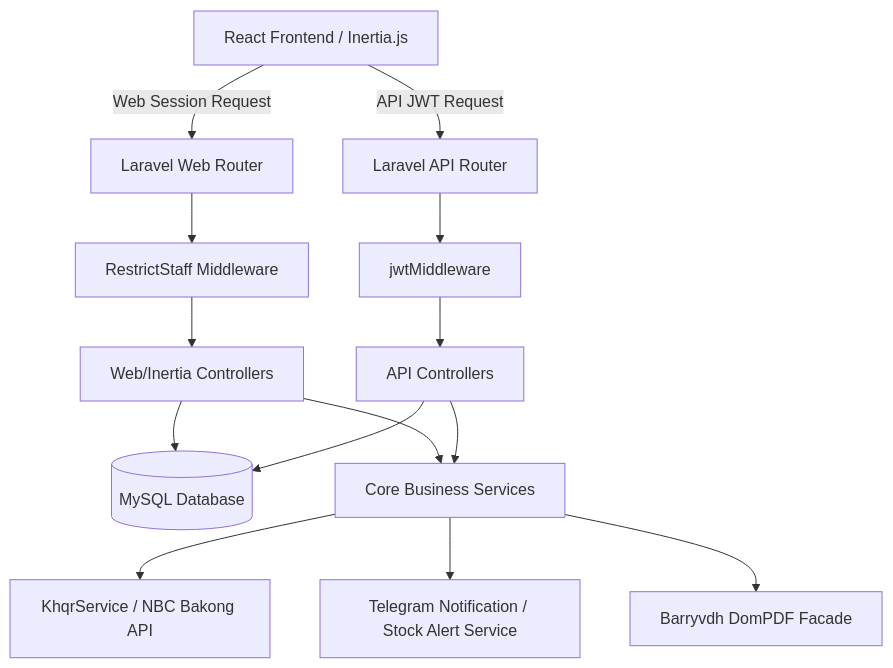
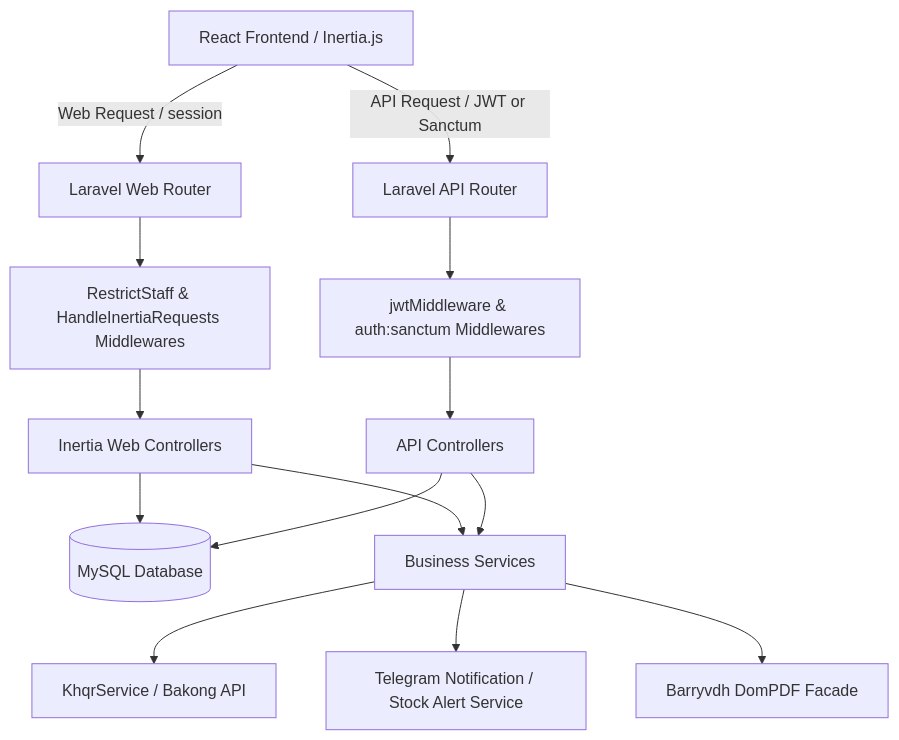
Before and after one commit to Xianghao1108/TOS_TINH-POS-SYSTEM: the first of 4 diagrams in README.md, drawn with Mermaid. The commit also changed other lines of this file, not shown here.

````diff
--- a/README.md
+++ b/README.md
@@ -54,18 +84,18 @@
 ```mermaid
 graph TD
-    Client[React Frontend / Inertia.js] -->|Web Session Request| RouterWeb[Laravel Web Router]
-    Client -->|API JWT Request| RouterAPI[Laravel API Router]
+    Client[React Frontend / Inertia.js] -->|Web Request / session| RouterWeb[Laravel Web Router]
+    Client -->|API Request / JWT or Sanctum| RouterAPI[Laravel API Router]
     
-    RouterWeb --> MidWeb[RestrictStaff Middleware]
-    RouterAPI --> MidAPI[jwtMiddleware]
+    RouterWeb --> MidWeb[RestrictStaff & HandleInertiaRequests Middlewares]
+    RouterAPI --> MidAPI[jwtMiddleware & auth:sanctum Middlewares]
     
-    MidWeb --> ControllersWeb[Web/Inertia Controllers]
+    MidWeb --> ControllersWeb[Inertia Web Controllers]
     MidAPI --> ControllersAPI[API Controllers]
     
     ControllersWeb & ControllersAPI --> DB[(MySQL Database)]
-    ControllersWeb & ControllersAPI --> Services[Core Business Services]
+    ControllersWeb & ControllersAPI --> Services[Business Services]
     
-    Services --> KhqrService[KhqrService / NBC Bakong API]
+    Services --> KhqrService[KhqrService / Bakong API]
     Services --> TelegramServices[Telegram Notification / Stock Alert Service]
     Services --> PdfService[Barryvdh DomPDF Facade]
 ```
````
